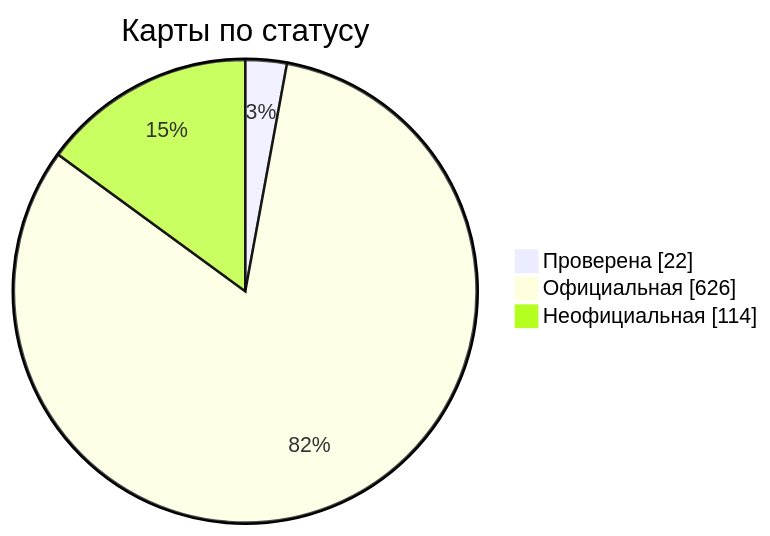
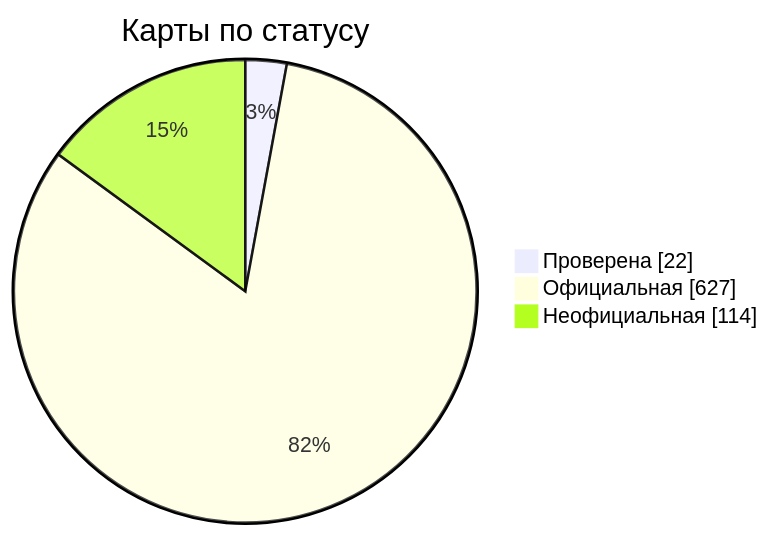
Before and after one commit to nobrega8/mbmap-library: the diagram in docs/readme/README_RU.md, drawn with Mermaid. The commit also changed 6 other files, not shown here.

````diff
--- a/docs/readme/README_RU.md
+++ b/docs/readme/README_RU.md
@@ -54,7 +54,7 @@
 ```mermaid
 pie showData
     title Карты по статусу
     "Проверена" : 22
-    "Официальная" : 626
+    "Официальная" : 627
     "Неофициальная" : 114
 ```
````
